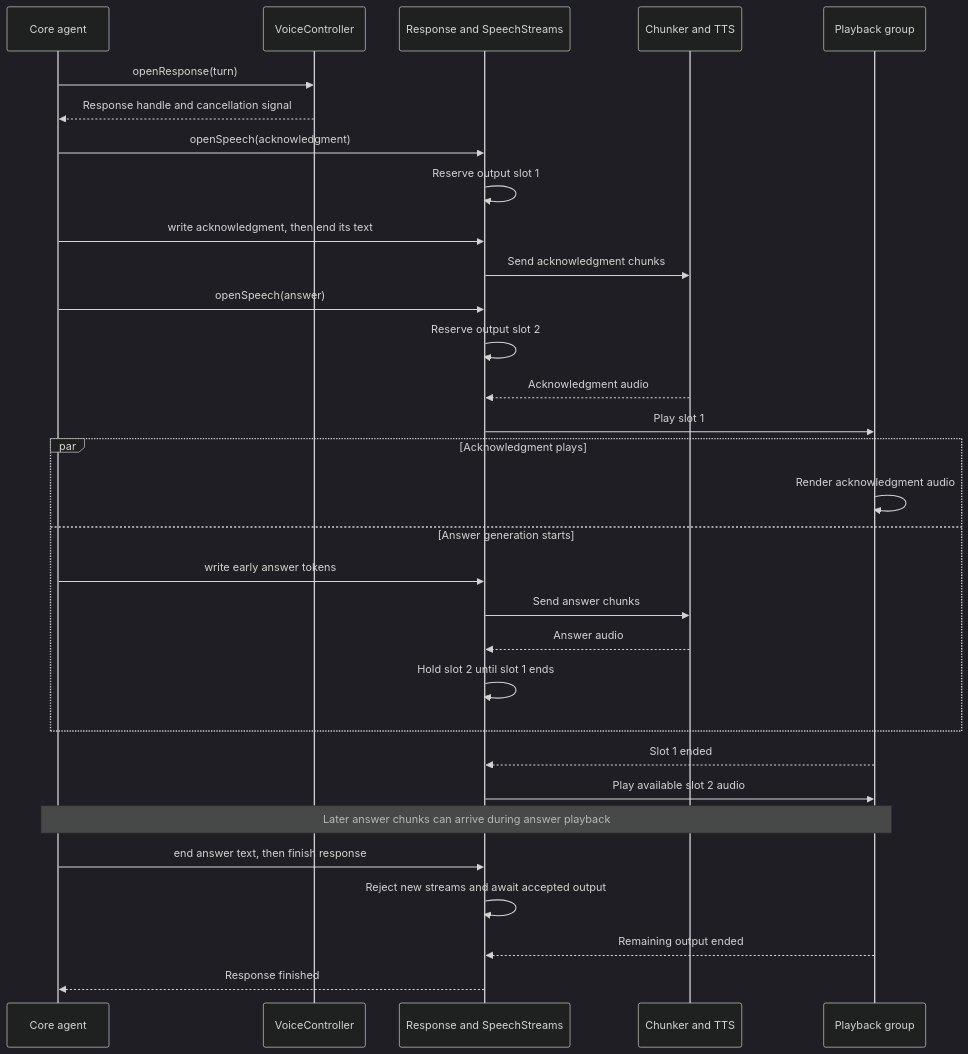
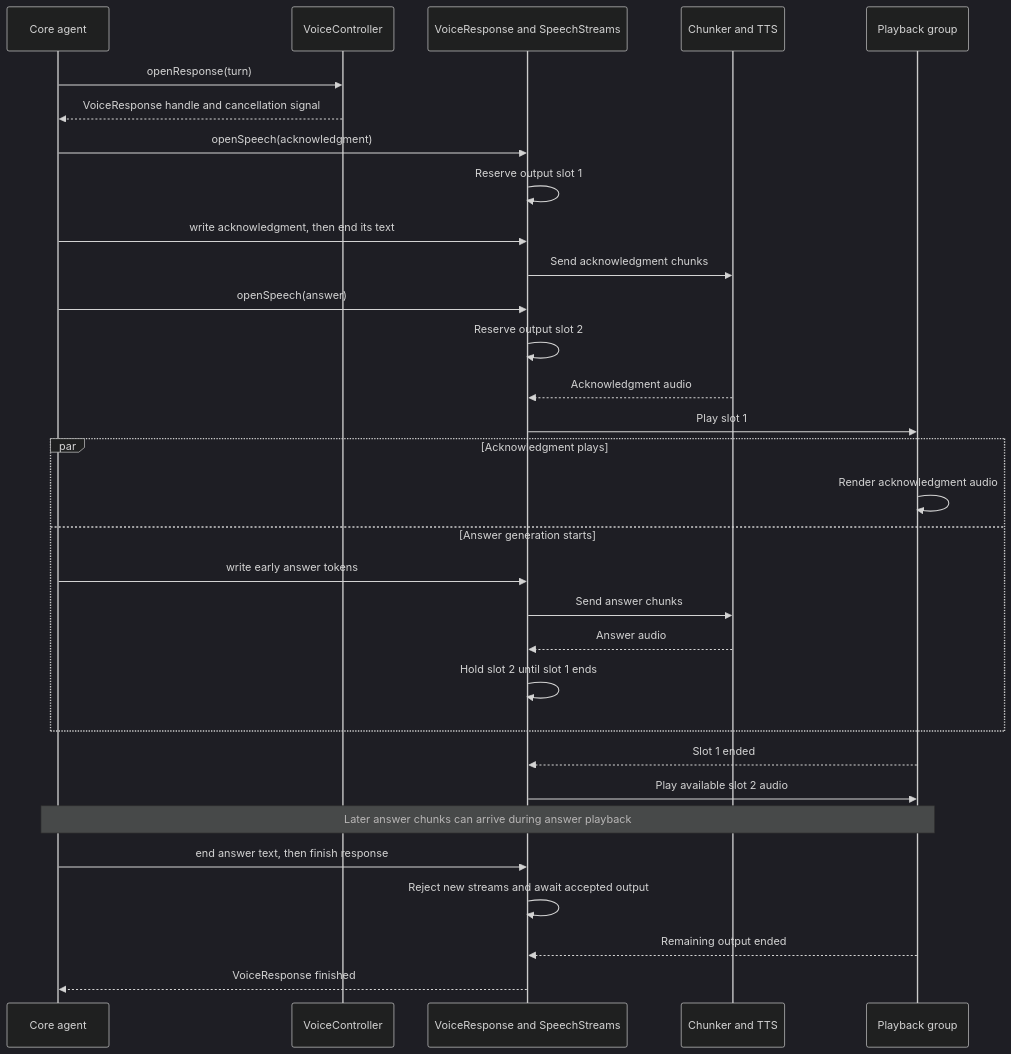
Before and after one commit to moeru-ai/airi: the third of 7 diagrams in docs/ai/adr/2026-09-30-voice-controller-extensions.md, drawn with Mermaid (dark theme). The commit also changed other lines of this file and 10 other files, not shown here.

First line of the commit message:
docs(voice): describe shared audio sources and subscriptions

````diff
--- a/docs/ai/adr/2026-09-30-voice-controller-extensions.md
+++ b/docs/ai/adr/2026-09-30-voice-controller-extensions.md
@@ -170,34 +169,34 @@
 ```mermaid
 sequenceDiagram
   participant Agent as Core agent
   participant Voice as VoiceController
-  participant Response as Response and SpeechStreams
+  participant VoiceResponse as VoiceResponse and SpeechStreams
   participant TTS as Chunker and TTS
   participant Playback as Playback group
 
   Agent->>Voice: openResponse(turn)
-  Voice-->>Agent: Response handle and cancellation signal
-  Agent->>Response: openSpeech(acknowledgment)
-  Response->>Response: Reserve output slot 1
-  Agent->>Response: write acknowledgment, then end its text
-  Response->>TTS: Send acknowledgment chunks
-  Agent->>Response: openSpeech(answer)
-  Response->>Response: Reserve output slot 2
-  TTS-->>Response: Acknowledgment audio
-  Response->>Playback: Play slot 1
+  Voice-->>Agent: VoiceResponse handle and cancellation signal
+  Agent->>VoiceResponse: openSpeech(acknowledgment)
+  VoiceResponse->>VoiceResponse: Reserve output slot 1
+  Agent->>VoiceResponse: write acknowledgment, then end its text
+  VoiceResponse->>TTS: Send acknowledgment chunks
+  Agent->>VoiceResponse: openSpeech(answer)
+  VoiceResponse->>VoiceResponse: Reserve output slot 2
+  TTS-->>VoiceResponse: Acknowledgment audio
+  VoiceResponse->>Playback: Play slot 1
   par Acknowledgment plays
     Playback->>Playback: Render acknowledgment audio
   and Answer generation starts
-    Agent->>Response: write early answer tokens
-    Response->>TTS: Send answer chunks
-    TTS-->>Response: Answer audio
-    Response->>Response: Hold slot 2 until slot 1 ends
+    Agent->>VoiceResponse: write early answer tokens
+    VoiceResponse->>TTS: Send answer chunks
+    TTS-->>VoiceResponse: Answer audio
+    VoiceResponse->>VoiceResponse: Hold slot 2 until slot 1 ends
   end
-  Playback-->>Response: Slot 1 ended
-  Response->>Playback: Play available slot 2 audio
+  Playback-->>VoiceResponse: Slot 1 ended
+  VoiceResponse->>Playback: Play available slot 2 audio
   Note over Agent,Playback: Later answer chunks can arrive during answer playback
-  Agent->>Response: end answer text, then finish response
-  Response->>Response: Reject new streams and await accepted output
-  Playback-->>Response: Remaining output ended
-  Response-->>Agent: Response finished
+  Agent->>VoiceResponse: end answer text, then finish response
+  VoiceResponse->>VoiceResponse: Reject new streams and await accepted output
+  Playback-->>VoiceResponse: Remaining output ended
+  VoiceResponse-->>Agent: VoiceResponse finished
 ```
````
